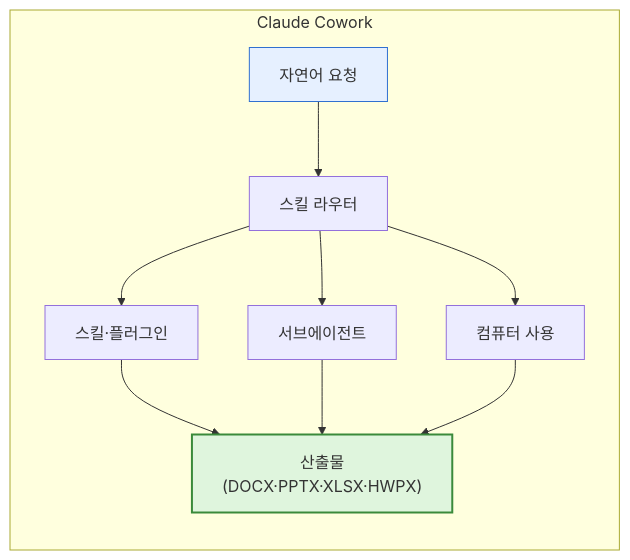
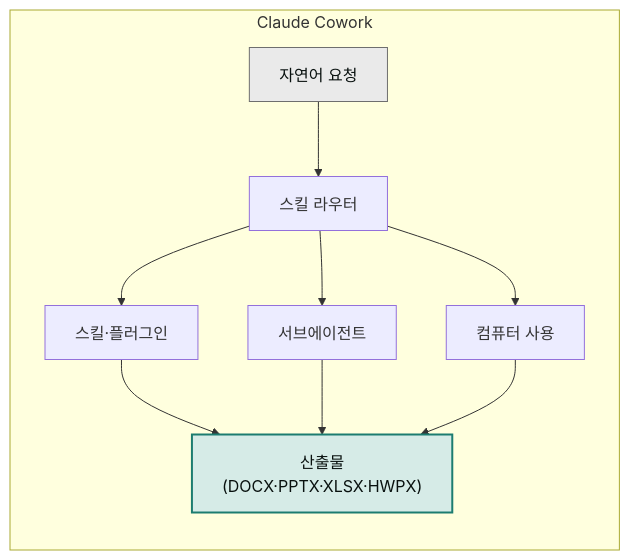
Before and after one commit to modu-ai/claude: the diagram in content/cowork/intro.md, drawn with Mermaid. The commit also changed 97 other files, not shown here.

First line of the commit message:
style(docs-site): mermaid 색상 브랜드 정합 + 라이트 테마 단일화

````diff
--- a/content/cowork/intro.md
+++ b/content/cowork/intro.md
@@ -21,23 +21,23 @@
 ```mermaid
 flowchart TB
     subgraph Cowork["Claude Cowork"]
         direction TB
         INPUT["자연어 요청"]
         ROUTER["스킬 라우터"]
         SKILL["스킬·플러그인"]
         AGENT["서브에이전트"]
         CU["컴퓨터 사용"]
         OUTPUT["산출물<br/>(DOCX·PPTX·XLSX·HWPX)"]
     end
 
     INPUT --> ROUTER
     ROUTER --> SKILL
     ROUTER --> AGENT
     ROUTER --> CU
     SKILL --> OUTPUT
     AGENT --> OUTPUT
     CU --> OUTPUT
 
-    style INPUT fill:#e6f0ff,stroke:#3070d0
-    style OUTPUT fill:#dff5dd,stroke:#3a8a3a,stroke-width:2px
+    style INPUT fill:#eaeaea,stroke:#6e6e6e,color:#09110f
+    style OUTPUT fill:#d6ebe7,stroke:#1c7c70,stroke-width:2px,color:#09110f
 ```
````
